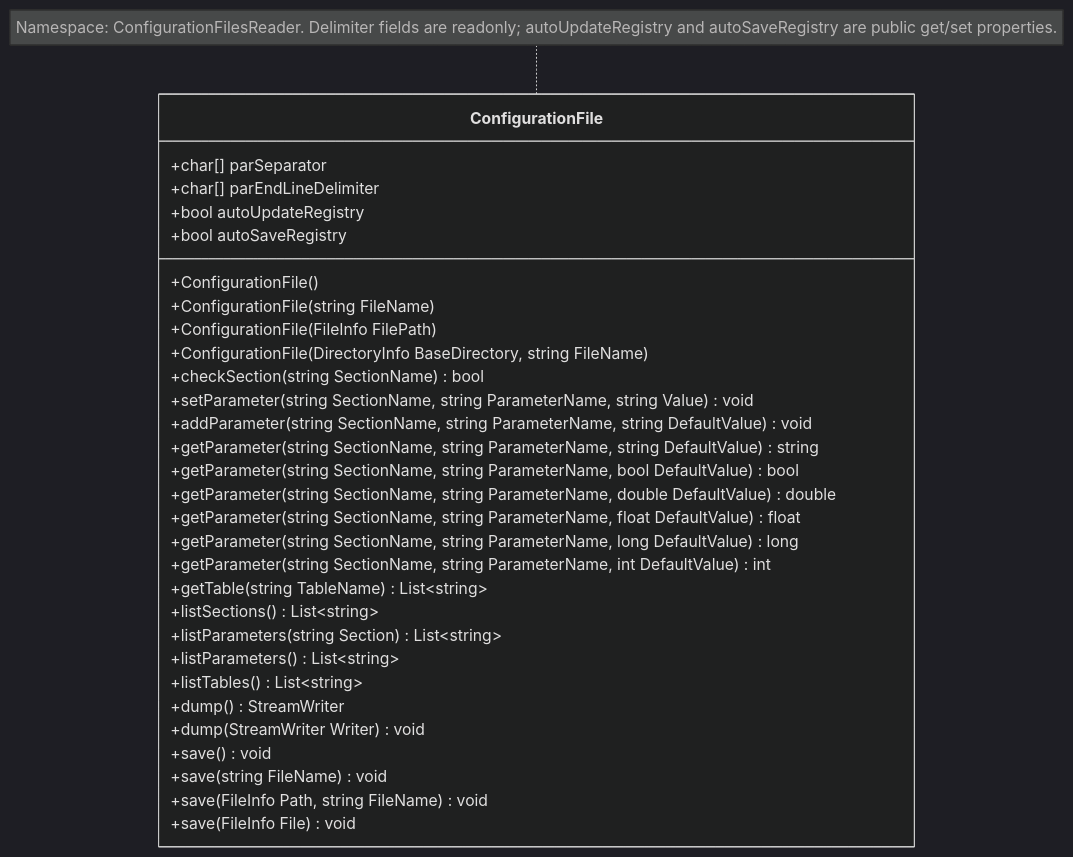
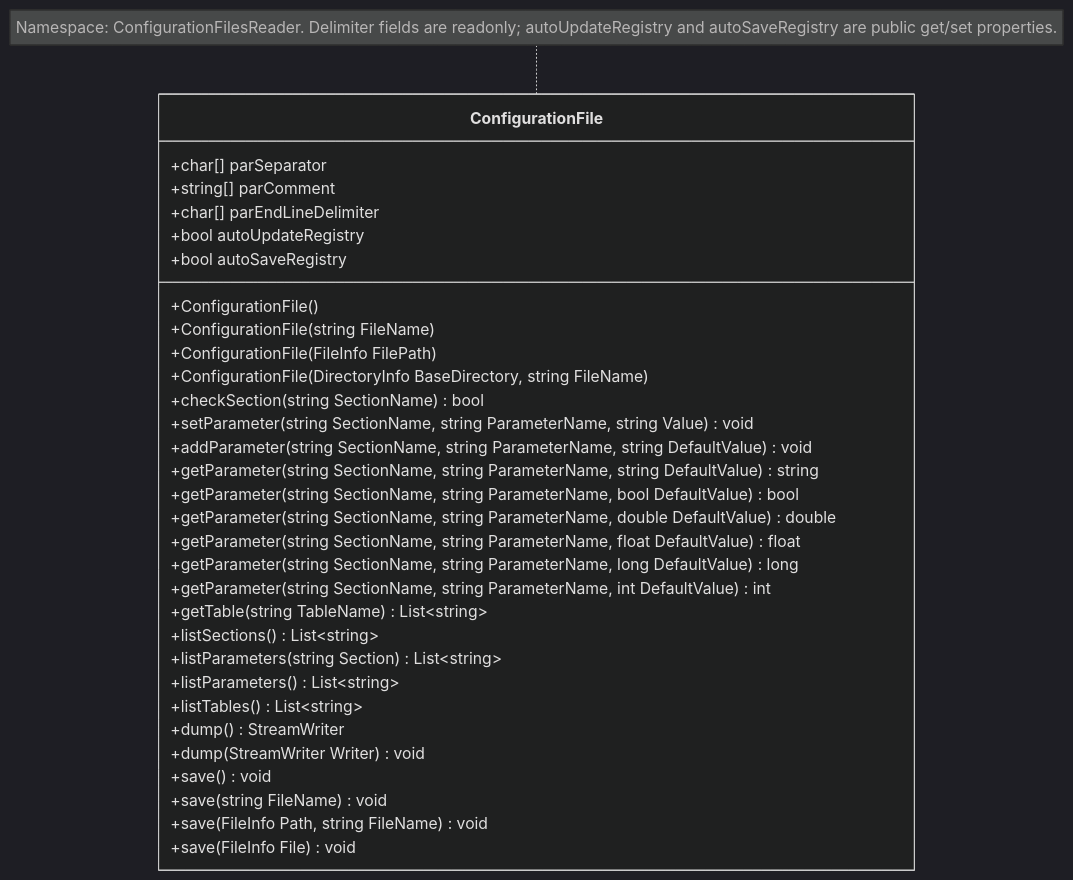
Before and after one commit to delloiaconos/IniLike: the diagram in README.md, drawn with Mermaid (dark theme). The commit also changed other lines of this file and 2 other files, not shown here.

Commit message:
Using list `parComment` to identify comments.

````diff
--- a/README.md
+++ b/README.md
@@ -77,34 +80,35 @@
 ```mermaid
 classDiagram
     class ConfigurationFile {
         +char[] parSeparator
+        +string[] parComment
         +char[] parEndLineDelimiter
         +bool autoUpdateRegistry
         +bool autoSaveRegistry
         +ConfigurationFile()
         +ConfigurationFile(string FileName)
         +ConfigurationFile(FileInfo FilePath)
         +ConfigurationFile(DirectoryInfo BaseDirectory, string FileName)
         +checkSection(string SectionName) bool
         +setParameter(string SectionName, string ParameterName, string Value) void
         +addParameter(string SectionName, string ParameterName, string DefaultValue) void
         +getParameter(string SectionName, string ParameterName, string DefaultValue) string
         +getParameter(string SectionName, string ParameterName, bool DefaultValue) bool
         +getParameter(string SectionName, string ParameterName, double DefaultValue) double
         +getParameter(string SectionName, string ParameterName, float DefaultValue) float
         +getParameter(string SectionName, string ParameterName, long DefaultValue) long
         +getParameter(string SectionName, string ParameterName, int DefaultValue) int
         +getTable(string TableName) List~string~
         +listSections() List~string~
         +listParameters(string Section) List~string~
         +listParameters() List~string~
         +listTables() List~string~
         +dump() StreamWriter
         +dump(StreamWriter Writer) void
         +save() void
         +save(string FileName) void
         +save(FileInfo Path, string FileName) void
         +save(FileInfo File) void
     }
     note for ConfigurationFile "Namespace: ConfigurationFilesReader. Delimiter fields are readonly; autoUpdateRegistry and autoSaveRegistry are public get/set properties."
 ```
````
